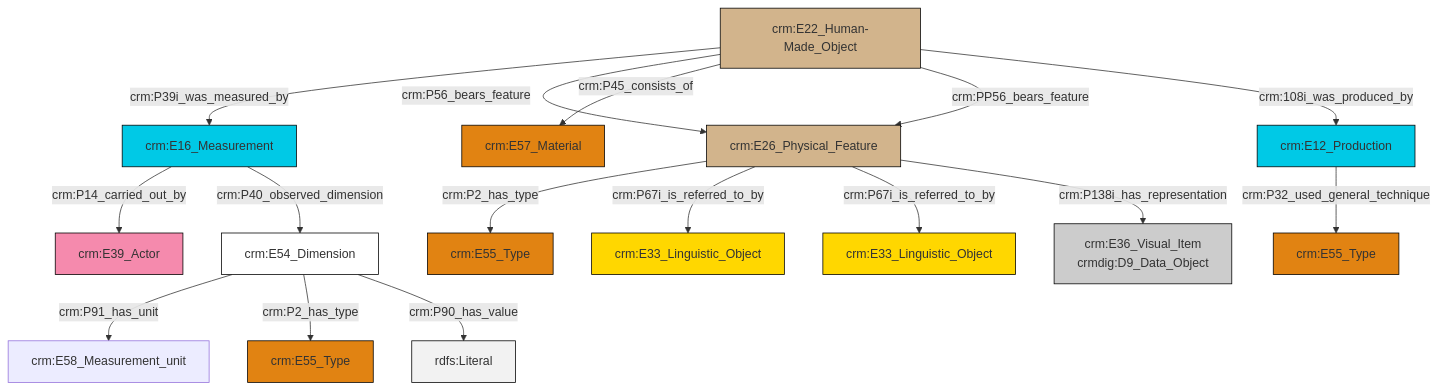
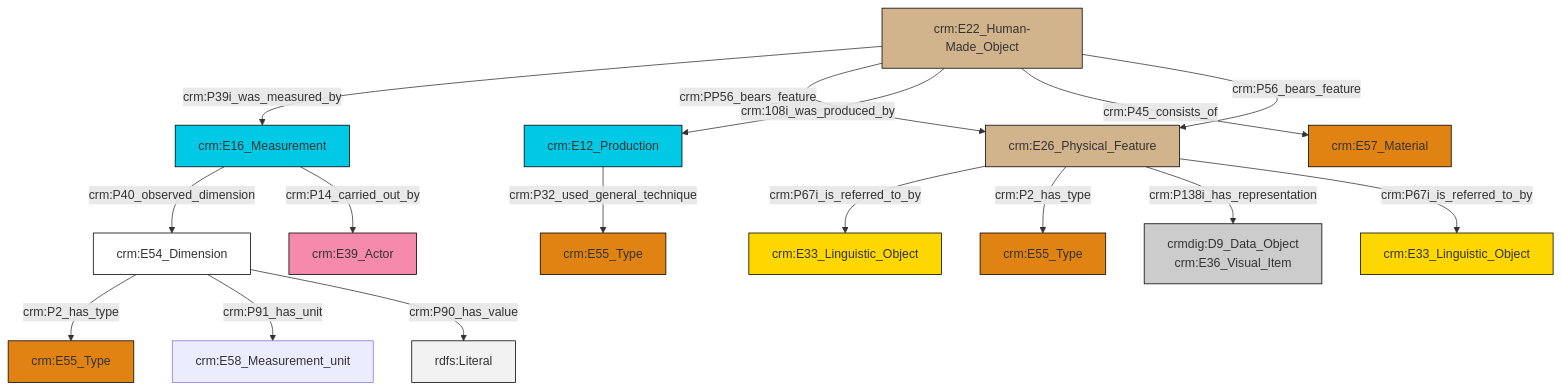
Before and after one commit to swiss-art-research-net/docs.swissartresearch: the diagram in et/carrierCSV/ttl/mmd/carrier_substance.ttl.mmd, drawn with Mermaid. The commit also changed 175 other files, not shown here.

```diff
--- a/et/carrierCSV/ttl/mmd/carrier_substance.ttl.mmd
+++ b/et/carrierCSV/ttl/mmd/carrier_substance.ttl.mmd
@@ -1,30 +1,30 @@
 graph TD
 classDef Literal fill:#f2f2f2,stroke:#000000;
 classDef CRM_Entity fill:#FFFFFF,stroke:#000000;
 classDef Temporal_Entity fill:#00C9E6, stroke:#000000;
 classDef Type fill:#E18312, stroke:#000000;
 classDef Time-Span fill:#2C9C91, stroke:#000000;
 classDef Appellation fill:#FFEB7F, stroke:#000000;
 classDef Place fill:#008836, stroke:#000000;
 classDef Persistent_Item fill:#B266B2, stroke:#000000;
 classDef Conceptual_Object fill:#FFD700, stroke:#000000;
 classDef Physical_Thing fill:#D2B48C, stroke:#000000;
 classDef Actor fill:#f58aad, stroke:#000000;
 classDef PC_Classes fill:#4ce600, stroke:#000000;
 classDef Multi fill:#cccccc,stroke:#000000;
 
-2["crm:E12_Production"]:::Temporal_Entity -->|crm:P32_used_general_technique| 3["crm:E55_Type"]:::Type
-4["crm:E16_Measurement"]:::Temporal_Entity -->|crm:P14_carried_out_by| 5["crm:E39_Actor"]:::Actor
-10["crm:E26_Physical_Feature"]:::Physical_Thing -->|crm:P2_has_type| 8["crm:E55_Type"]:::Type
-14["crm:E22_Human-Made_Object"]:::Physical_Thing -->|crm:P39i_was_measured_by| 4["crm:E16_Measurement"]:::Temporal_Entity
-16["crm:E54_Dimension"]:::CRM_Entity -->|crm:P91_has_unit| 17["crm:E58_Measurement_unit"]:::Default
-16["crm:E54_Dimension"]:::CRM_Entity -->|crm:P2_has_type| 21["crm:E55_Type"]:::Type
-4["crm:E16_Measurement"]:::Temporal_Entity -->|crm:P40_observed_dimension| 16["crm:E54_Dimension"]:::CRM_Entity
-14["crm:E22_Human-Made_Object"]:::Physical_Thing -->|crm:P56_bears_feature| 10["crm:E26_Physical_Feature"]:::Physical_Thing
-10["crm:E26_Physical_Feature"]:::Physical_Thing -->|crm:P67i_is_referred_to_by| 6["crm:E33_Linguistic_Object"]:::Conceptual_Object
-14["crm:E22_Human-Made_Object"]:::Physical_Thing -->|crm:P45_consists_of| 0["crm:E57_Material"]:::Type
-16["crm:E54_Dimension"]:::CRM_Entity -->|crm:P90_has_value| 24[rdfs:Literal]:::Literal
-14["crm:E22_Human-Made_Object"]:::Physical_Thing -->|crm:PP56_bears_feature| 10["crm:E26_Physical_Feature"]:::Physical_Thing
-10["crm:E26_Physical_Feature"]:::Physical_Thing -->|crm:P67i_is_referred_to_by| 18["crm:E33_Linguistic_Object"]:::Conceptual_Object
-10["crm:E26_Physical_Feature"]:::Physical_Thing -->|crm:P138i_has_representation| 12["crm:E36_Visual_Item<br>crmdig:D9_Data_Object"]:::Multi
-14["crm:E22_Human-Made_Object"]:::Physical_Thing -->|crm:108i_was_produced_by| 2["crm:E12_Production"]:::Temporal_Entity
+2["crm:E26_Physical_Feature"]:::Physical_Thing -->|crm:P67i_is_referred_to_by| 6["crm:E33_Linguistic_Object"]:::Conceptual_Object
+7["crm:E22_Human-Made_Object"]:::Physical_Thing -->|crm:P39i_was_measured_by| 8["crm:E16_Measurement"]:::Temporal_Entity
+7["crm:E22_Human-Made_Object"]:::Physical_Thing -->|crm:PP56_bears_feature| 2["crm:E26_Physical_Feature"]:::Physical_Thing
+2["crm:E26_Physical_Feature"]:::Physical_Thing -->|crm:P2_has_type| 12["crm:E55_Type"]:::Type
+8["crm:E16_Measurement"]:::Temporal_Entity -->|crm:P40_observed_dimension| 10["crm:E54_Dimension"]:::CRM_Entity
+7["crm:E22_Human-Made_Object"]:::Physical_Thing -->|crm:108i_was_produced_by| 14["crm:E12_Production"]:::Temporal_Entity
+10["crm:E54_Dimension"]:::CRM_Entity -->|crm:P2_has_type| 4["crm:E55_Type"]:::Type
+10["crm:E54_Dimension"]:::CRM_Entity -->|crm:P91_has_unit| 16["crm:E58_Measurement_unit"]:::Default
+14["crm:E12_Production"]:::Temporal_Entity -->|crm:P32_used_general_technique| 23["crm:E55_Type"]:::Type
+8["crm:E16_Measurement"]:::Temporal_Entity -->|crm:P14_carried_out_by| 18["crm:E39_Actor"]:::Actor
+2["crm:E26_Physical_Feature"]:::Physical_Thing -->|crm:P138i_has_representation| 21["crmdig:D9_Data_Object<br>crm:E36_Visual_Item"]:::Multi
+7["crm:E22_Human-Made_Object"]:::Physical_Thing -->|crm:P45_consists_of| 25["crm:E57_Material"]:::Type
+7["crm:E22_Human-Made_Object"]:::Physical_Thing -->|crm:P56_bears_feature| 2["crm:E26_Physical_Feature"]:::Physical_Thing
+10["crm:E54_Dimension"]:::CRM_Entity -->|crm:P90_has_value| 28[rdfs:Literal]:::Literal
+2["crm:E26_Physical_Feature"]:::Physical_Thing -->|crm:P67i_is_referred_to_by| 0["crm:E33_Linguistic_Object"]:::Conceptual_Object
```
